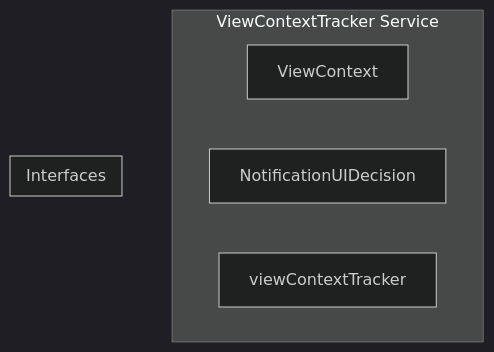
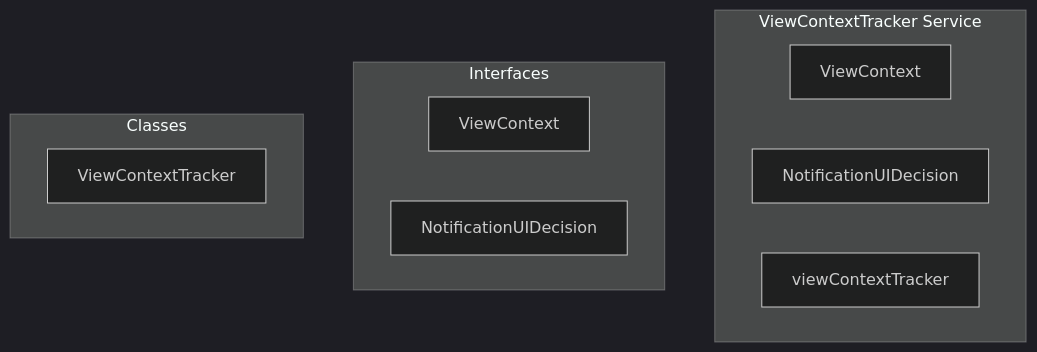
One commit to y4my4my4m/harmony changed the diagram in docs/api/services/viewcontexttracker.md. Above: the diagram before and after it, drawn with Mermaid (dark theme). The commit also changed other lines of this file and 350 other files, not shown here.

````diff
--- a/docs/api/services/viewcontexttracker.md
+++ b/docs/api/services/viewcontexttracker.md
@@ -7,15 +7,17 @@
 ```mermaid
 graph TB
     subgraph "ViewContextTracker Service"
         VIEWCONTEXT[ViewContext]
         NOTIFICATIONUIDECISION[NotificationUIDecision]
         VIEWCONTEXTTRACKER[viewContextTracker]
     end
     
+    subgraph "Interfaces"
+        INT_VIEWCONTEXT[ViewContext]
+        INT_NOTIFICATIONUIDECISION[NotificationUIDecision]
+    end
     
-    
-    subgraph "Interfaces"
-        VIEWCONTEXT[ViewContext]
-        NOTIFICATIONUIDECISION[NotificationUIDecision]
+    subgraph "Classes"
+        CLS_VIEWCONTEXTTRACKER[ViewContextTracker]
     end
 ```
````
